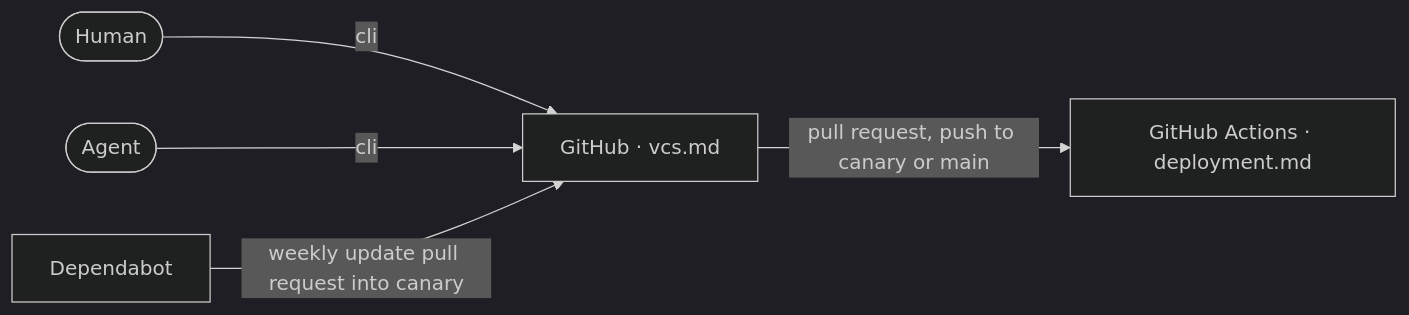
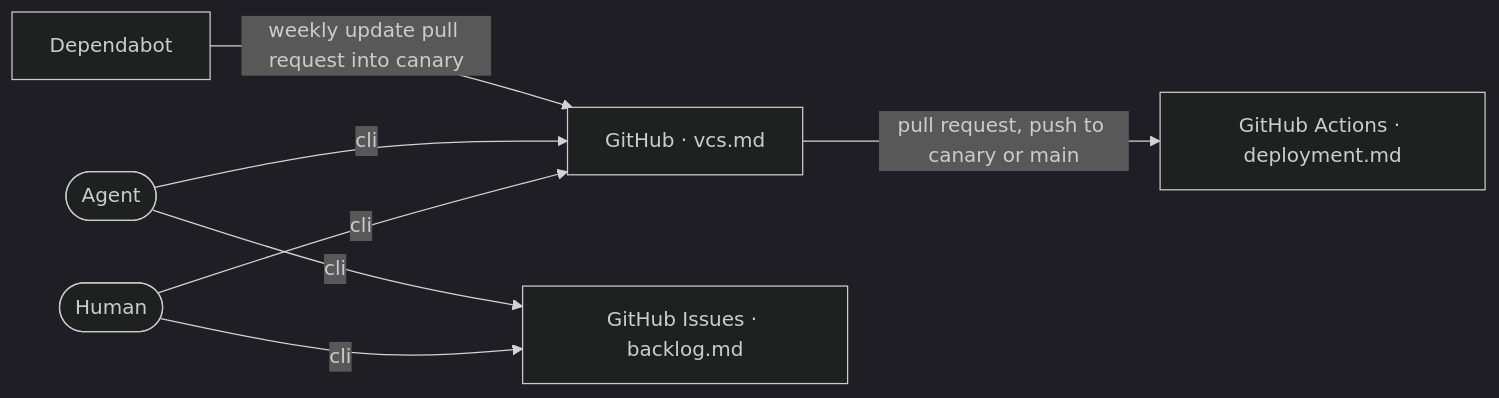
Before and after one commit to maximeshr/aidd-todo-demo: the diagram in aidd_docs/memory/ecosystem.md, drawn with Mermaid (dark theme). The commit also changed 4 other files, not shown here.

Commit message:
docs: make github issues the backlog in project memory

````diff
--- a/aidd_docs/memory/ecosystem.md
+++ b/aidd_docs/memory/ecosystem.md
@@ -3,13 +3,16 @@
 ```mermaid
 flowchart LR
   Human([Human])
   Agent([Agent])
   Vcs["GitHub · vcs.md"]
+  Tracker["GitHub Issues · backlog.md"]
   Ci["GitHub Actions · deployment.md"]
   Dependabot["Dependabot"]
 
   Human -- cli --> Vcs
   Agent -- cli --> Vcs
+  Human -- cli --> Tracker
+  Agent -- cli --> Tracker
   Vcs -- "pull request, push to canary or main" --> Ci
   Dependabot -- "weekly update pull request into canary" --> Vcs
 ```
````
